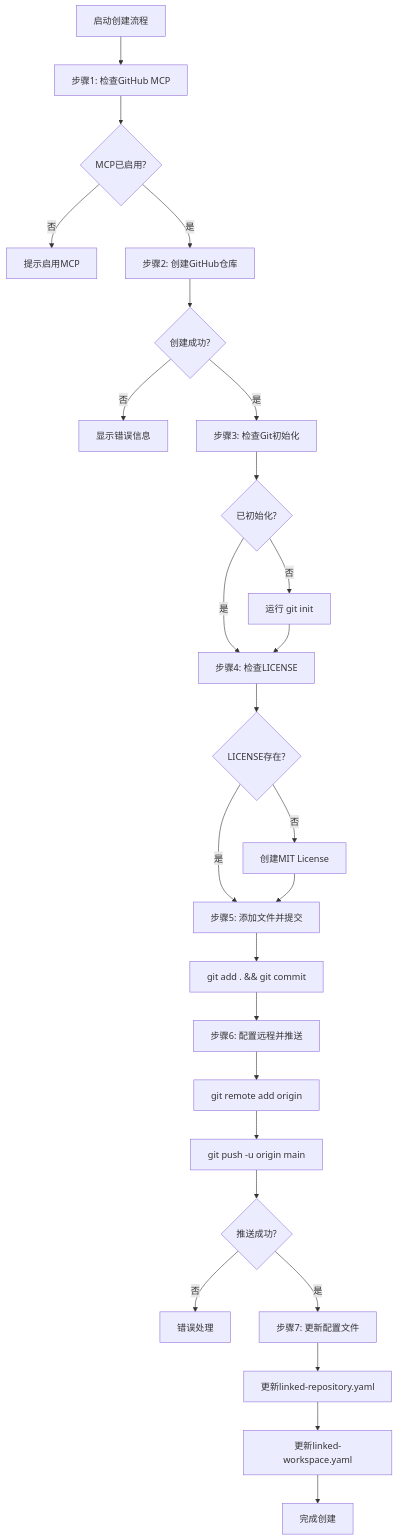
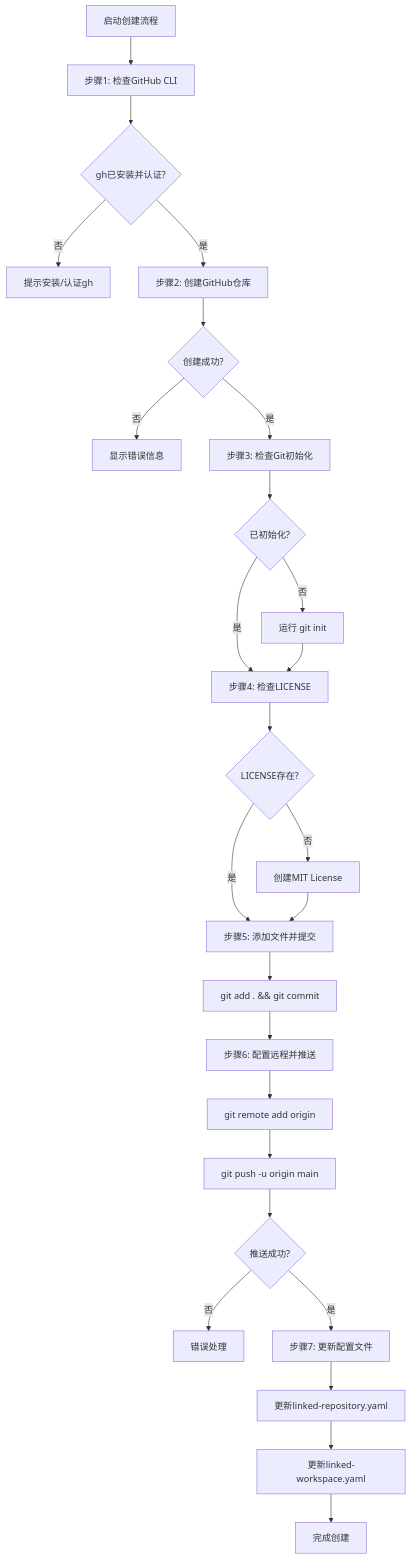
The diagram in .claude/commands/H.md (ZEN-VOID/ZTL-digital-operations-center), drawn with Mermaid before and after one commit. The commit also changed other lines of this file and 33 other files, not shown here.

````diff
--- a/.claude/commands/H.md
+++ b/.claude/commands/H.md
@@ -154,28 +155,28 @@
 ```mermaid
 graph TD
-    A[启动创建流程] --> B[步骤1: 检查GitHub MCP]
-    B --> C{MCP已启用?}
-    C -->|否| D[提示启用MCP]
+    A[启动创建流程] --> B[步骤1: 检查GitHub CLI]
+    B --> C{gh已安装并认证?}
+    C -->|否| D[提示安装/认证gh]
     C -->|是| E[步骤2: 创建GitHub仓库]
     E --> F{创建成功?}
     F -->|否| G[显示错误信息]
     F -->|是| H[步骤3: 检查Git初始化]
     H --> I{已初始化?}
     I -->|否| J[运行 git init]
     I -->|是| K[步骤4: 检查LICENSE]
     J --> K
     K --> L{LICENSE存在?}
     L -->|否| M[创建MIT License]
     L -->|是| N[步骤5: 添加文件并提交]
     M --> N
     N --> O[git add . && git commit]
     O --> P[步骤6: 配置远程并推送]
     P --> Q[git remote add origin]
     Q --> R[git push -u origin main]
     R --> S{推送成功?}
     S -->|否| T[错误处理]
     S -->|是| U[步骤7: 更新配置文件]
     U --> V[更新linked-repository.yaml]
     V --> W[更新linked-workspace.yaml]
     W --> X[完成创建]
 ```
````
